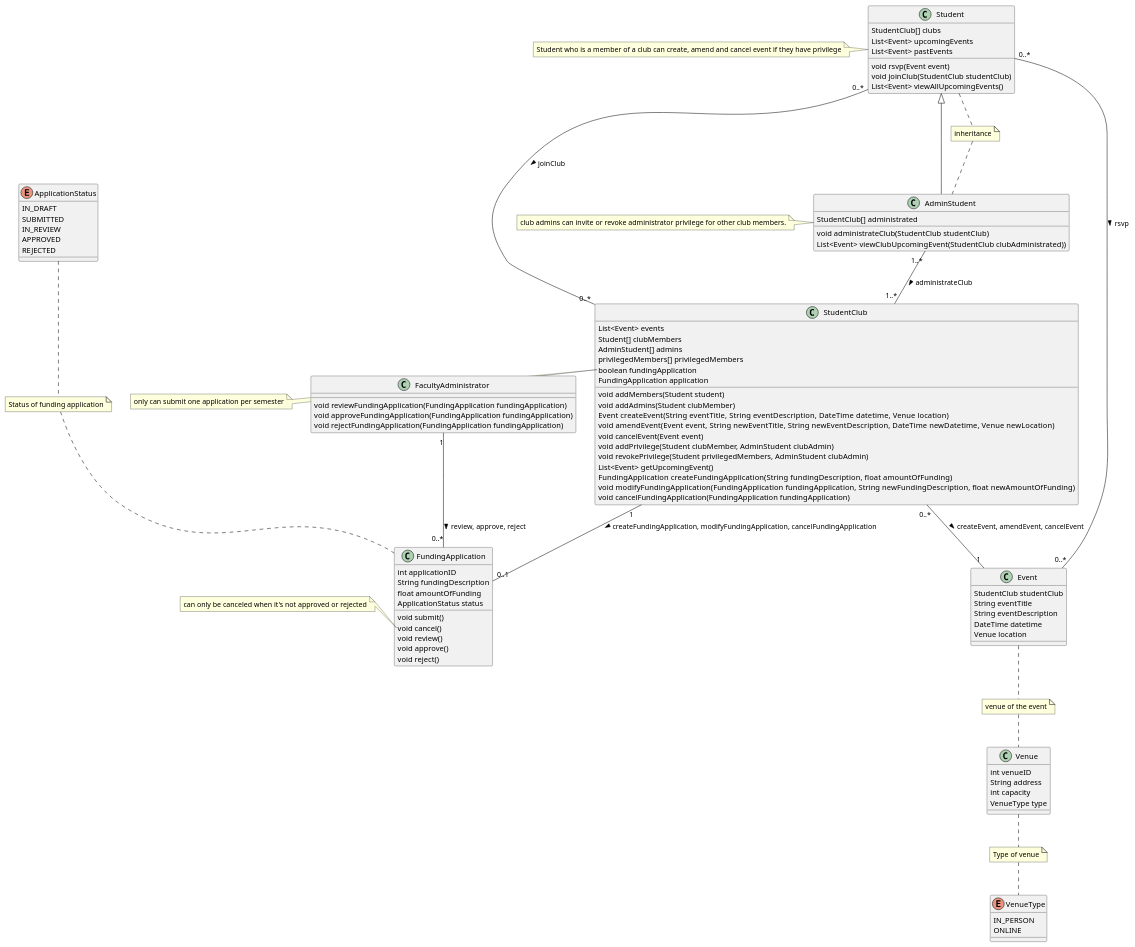
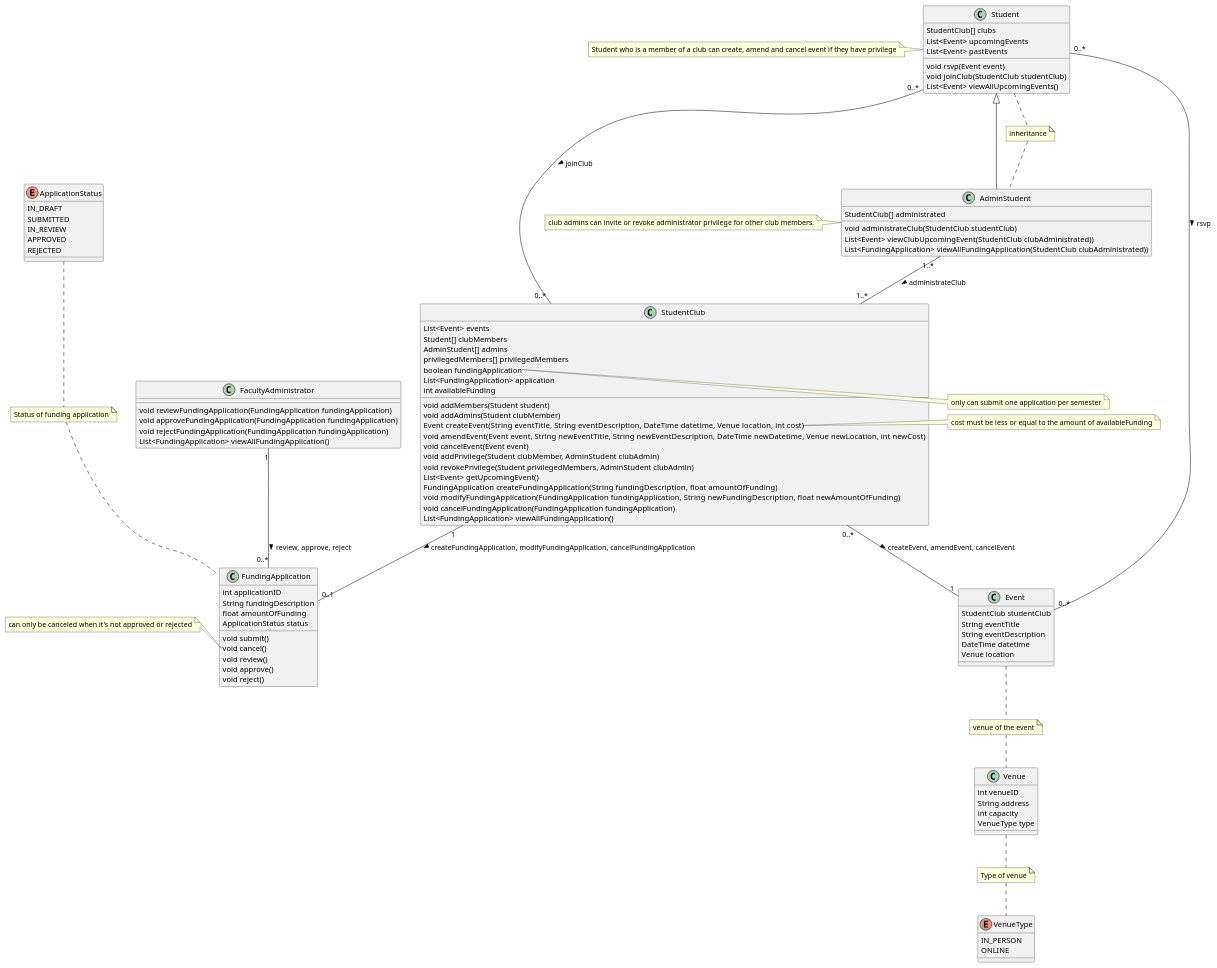
One commit to PatLi315/StudentClub changed the diagram in docs/part1/events_management_domain_model.puml. Above: the diagram before and after it, drawn with PlantUML.

Commit message:
Complete the last paragraph of application domain for the domain model diagram

```diff
--- a/docs/part1/events_management_domain_model.puml
+++ b/docs/part1/events_management_domain_model.puml
@@ -1,123 +1,131 @@
 @startuml
 class Student {
     StudentClub[] clubs
     List<Event> upcomingEvents
     List<Event> pastEvents
     void rsvp(Event event)
     void joinClub(StudentClub studentClub)
     List<Event> viewAllUpcomingEvents()
 }
 note left of Student: Student who is a member of a club can create, amend and cancel event if \
 they have privilege
 
 class AdminStudent extends Student {
     StudentClub[] administrated
     void administrateClub(StudentClub studentClub)
     List<Event> viewClubUpcomingEvent(StudentClub clubAdministrated))
+    List<FundingApplication> viewAllFundingApplication(StudentClub clubAdministrated))
 }
 note left of AdminStudent: club admins can invite or revoke administrator privilege \
 for other club members.
 
 note "inheritance" as N1
 Student .. N1
 N1 .. AdminStudent
 
 class StudentClub {
     List<Event> events
     Student[] clubMembers
     AdminStudent[] admins
     privilegedMembers[] privilegedMembers
     boolean fundingApplication
-    FundingApplication application
+    List<FundingApplication> application
+    int availableFunding
     void addMembers(Student student)
     void addAdmins(Student clubMember)
     Event createEvent(String eventTitle, String eventDescription, DateTime datetime, \
-    Venue location)
+    Venue location, int cost)
     void amendEvent(Event event, String newEventTitle, String newEventDescription, \
-    DateTime newDatetime, Venue newLocation)
+    DateTime newDatetime, Venue newLocation, int newCost)
     void cancelEvent(Event event)
     void addPrivilege(Student clubMember, AdminStudent clubAdmin)
     void revokePrivilege(Student privilegedMembers, AdminStudent clubAdmin)
     List<Event> getUpcomingEvent()
     FundingApplication createFundingApplication(String fundingDescription, \
     float amountOfFunding)
     void modifyFundingApplication(FundingApplication fundingApplication, String newFundingDescription, \
     float newAmountOfFunding)
     void cancelFundingApplication(FundingApplication fundingApplication)
+    List<FundingApplication> viewAllFundingApplication()
 }
 
-note left of StudentClub::fundingApplication
+note right of StudentClub::fundingApplication
     only can submit one application per semester
+end note
+
+note right of StudentClub::createEvent
+    cost must be less or equal to the amount of availableFunding
 end note
 
 class Venue {
     int venueID
     String address
     int capacity
     VenueType type
 }
 
 enum VenueType {
     IN_PERSON
     ONLINE
 }
 
 class Event {
     StudentClub studentClub
     String eventTitle
     String eventDescription
     DateTime datetime
     Venue location
 }
 
 note "venue of the event" as N2
 Event .. N2
 N2 .. Venue
 note "Type of venue" as N3
 Venue .. N3
 N3 .. VenueType
 
 class FundingApplication {
     int applicationID
     String fundingDescription
     float amountOfFunding
     ApplicationStatus status
     void submit()
     void cancel()
     void review()
     void approve()
     void reject()
 }
 
 note left of FundingApplication::cancel()
     can only be canceled when it's not approved or rejected
 end note
 
 enum ApplicationStatus {
     IN_DRAFT
     SUBMITTED
     IN_REVIEW
     APPROVED
     REJECTED
 }
 
 note "Status of funding application" as N4
 ApplicationStatus .. N4
 N4 .. FundingApplication
 
 class FacultyAdministrator {
     void reviewFundingApplication(FundingApplication fundingApplication)
     void approveFundingApplication(FundingApplication fundingApplication)
     void rejectFundingApplication(FundingApplication fundingApplication)
+    List<FundingApplication> viewAllFundingApplication()
 }
 
 Student "0..*" -- "0..*" Event : rsvp >
 AdminStudent "1..*" -- "1..*" StudentClub : administrateClub >
 Student "0..*" -- "0..*" StudentClub : joinClub >
 StudentClub "0..*" -- "1" Event : createEvent, amendEvent, cancelEvent >
 StudentClub "1" -- "0..1" FundingApplication : createFundingApplication, \
 modifyFundingApplication, cancelFundingApplication >
 FacultyAdministrator "1" -- "0..*" FundingApplication : review, approve, reject >
 
 
 @enduml
```
